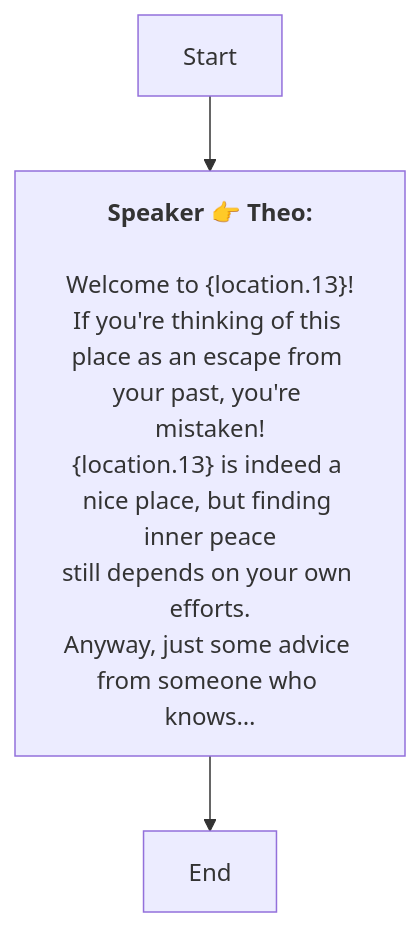
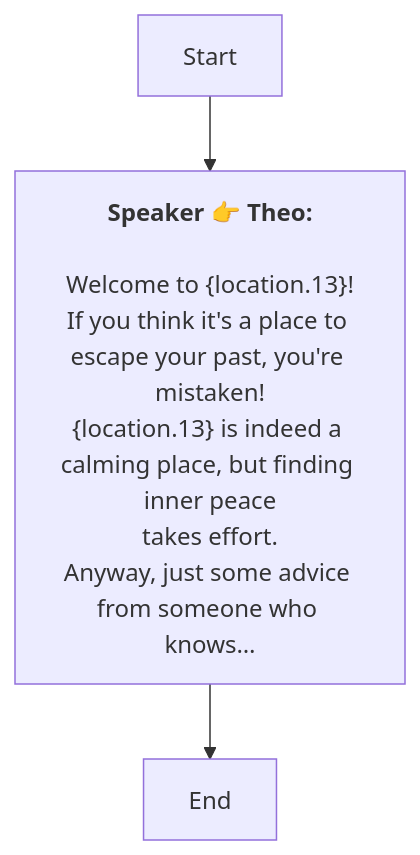
One commit to SoftHu/tos_avg changed the diagram in En/AddDialogNode_1741891248533772.md. Above: the diagram before and after it, drawn with Mermaid. The commit also changed 312 other files, not shown here.

````diff
--- a/En/AddDialogNode_1741891248533772.md
+++ b/En/AddDialogNode_1741891248533772.md
@@ -1,12 +1,12 @@
 ```mermaid
 graph
 Start -->1741905378806083[<b>Speaker 👉 Theo:</b>
 
 Welcome to &lbrace;location.13&rbrace;!
-If you're thinking of this place as an escape from your past, you're mistaken!
-&lbrace;location.13&rbrace; is indeed a nice place, but finding inner peace
-still depends on your own efforts.
+If you think it's a place to escape your past, you're mistaken!
+&lbrace;location.13&rbrace; is indeed a calming place, but finding inner peace
+takes effort.
 Anyway, just some advice from someone who knows…]
 1741905378806083 -->1741905938224452[End]
 
  ```
````
